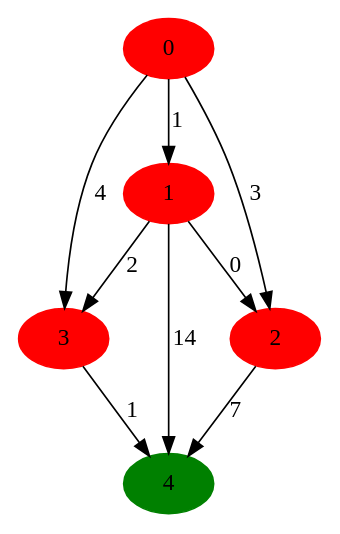
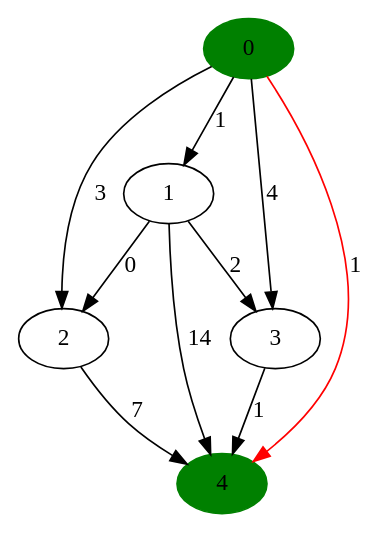
Before and after one commit to Les-Alchimistes-Labs/AlgorithmVisualizer: the diagram in algorithm_visualizer/src/save/tmp/dicgraph.dot, drawn with Graphviz. The commit also changed 15 other files, not shown here.

```diff
--- a/algorithm_visualizer/src/save/tmp/dicgraph.dot
+++ b/algorithm_visualizer/src/save/tmp/dicgraph.dot
@@ -1,15 +1,16 @@
 digraph dicgraph { // 5
 n0->n1 [label = 1] // 0 1 1
 n0->n2 [label = 3] // 0 2 3
 n0->n3 [label = 4] // 0 3 4
+n0->n4 [label = 1 ,color = red] // 0 4 1
 n1->n2 [label = 0] // 1 2 0
 n1->n3 [label = 2] // 1 3 2
 n1->n4 [label = 14] // 1 4 14
 n2->n4 [label = 7] // 2 4 7
 n3->n4 [label = 1] // 3 4 1
-n0 [label="0", style = filled , color = red ]
-n1 [label="1", style = filled , color = red ]
-n2 [label="2", style = filled , color = red ]
-n3 [label="3", style = filled , color = red ]
+n0 [label="0", style = filled , color = green ]
+n1 [label="1"]
+n2 [label="2"]
+n3 [label="3"]
 n4 [label="4", style = filled , color = green ]
 }
```
